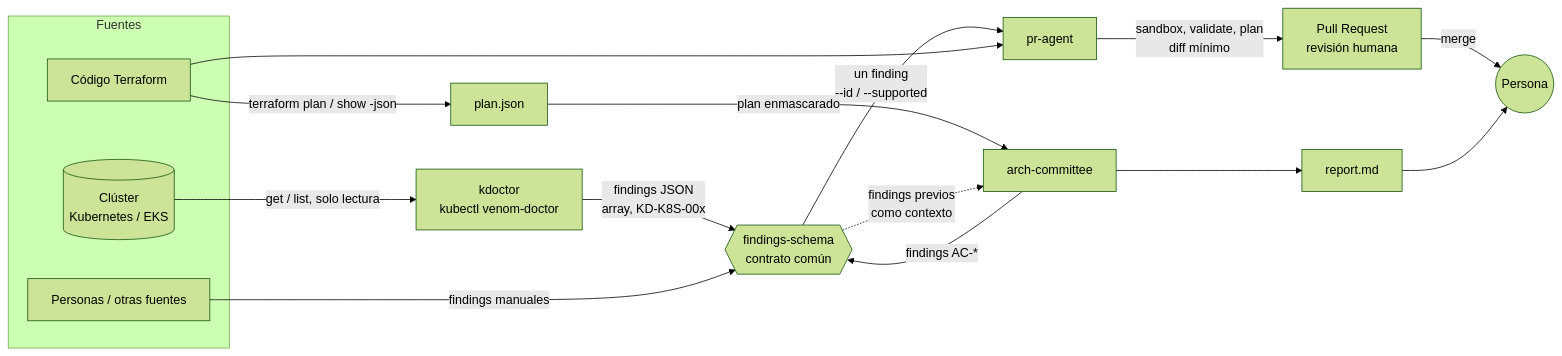
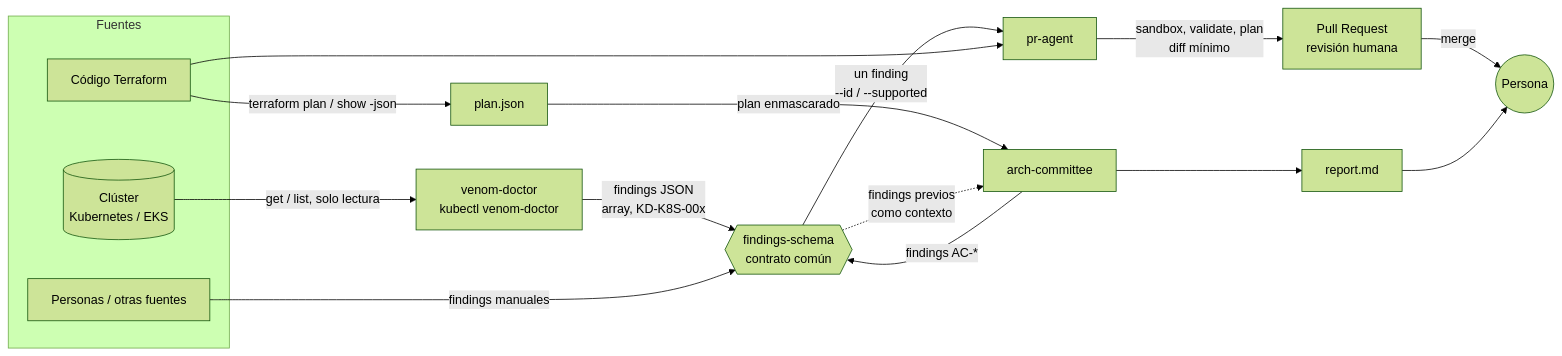
The first of 2 diagrams in docs/arquitectura.md (CloudVipers/VenomOps), drawn with Mermaid (forest theme) before and after one commit. The commit also changed other lines of this file and 113 other files, not shown here.

First line of the commit message:
refactor(doctor): rename kdoctor to venom-doctor everywhere (#39)

````diff
--- a/docs/arquitectura.md
+++ b/docs/arquitectura.md
@@ -9,25 +9,25 @@
 ```mermaid
 flowchart LR
     subgraph Fuentes
         C[(Clúster<br/>Kubernetes / EKS)]
         T[Código Terraform]
         H[Personas / otras fuentes]
     end
 
-    C -->|get / list, solo lectura| K[kdoctor<br/>kubectl venom-doctor]
+    C -->|get / list, solo lectura| K[venom-doctor<br/>kubectl venom-doctor]
     K -->|findings JSON<br/>array, KD-K8S-00x| F{{findings-schema<br/>contrato común}}
     H -->|findings manuales| F
 
     F -->|un finding<br/>--id / --supported| PA[pr-agent]
     T --> PA
     PA -->|sandbox, validate, plan<br/>diff mínimo| PR[Pull Request<br/>revisión humana]
 
     T -->|terraform plan / show -json| P[plan.json]
     P -->|plan enmascarado| AC[arch-committee]
     F -.->|findings previos<br/>como contexto| AC
     AC --> R[report.md]
     AC -->|findings AC-*| F
 
     PR -->|merge| H2((Persona))
     R --> H2
 ```
````
